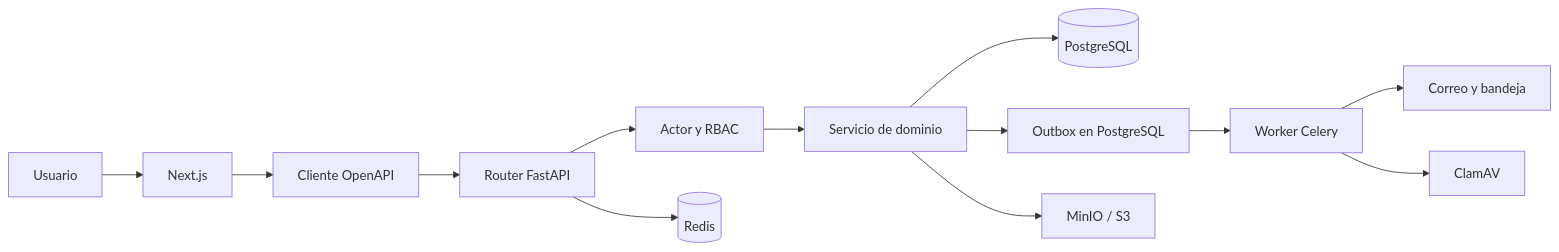
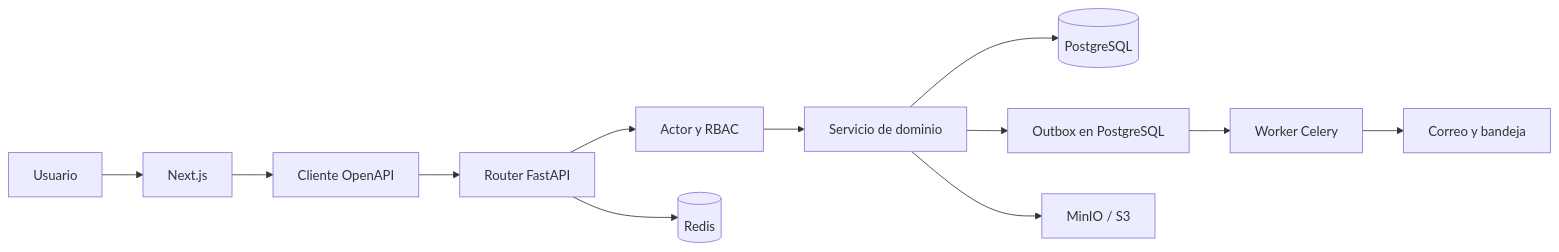
The diagram in docs/GUIA_CODIGO.md (wrldottoDev/amvarmarLMS), drawn with Mermaid before and after one commit. The commit also changed other lines of this file and 29 other files, not shown here.

````diff
--- a/docs/GUIA_CODIGO.md
+++ b/docs/GUIA_CODIGO.md
@@ -33,15 +33,14 @@
 ```mermaid
 flowchart LR
     U[Usuario] --> N[Next.js]
     N --> C[Cliente OpenAPI]
     C --> R[Router FastAPI]
     R --> A[Actor y RBAC]
     A --> S[Servicio de dominio]
     S --> P[(PostgreSQL)]
     S --> O[Outbox en PostgreSQL]
     O --> W[Worker Celery]
     W --> M[Correo y bandeja]
     S --> X[MinIO / S3]
-    W --> V[ClamAV]
     R --> D[(Redis)]
 ```
````
